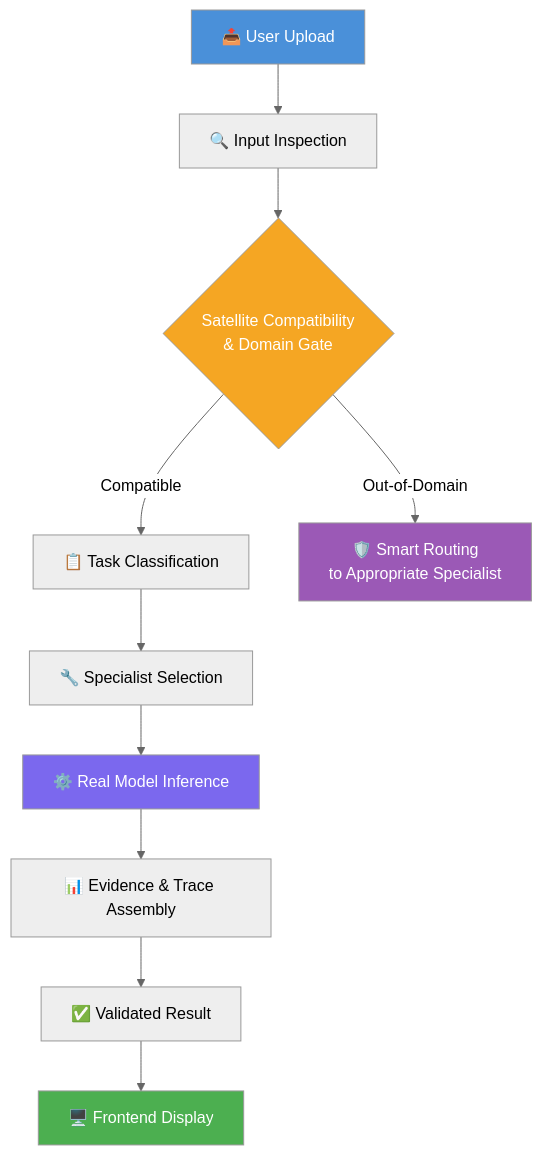
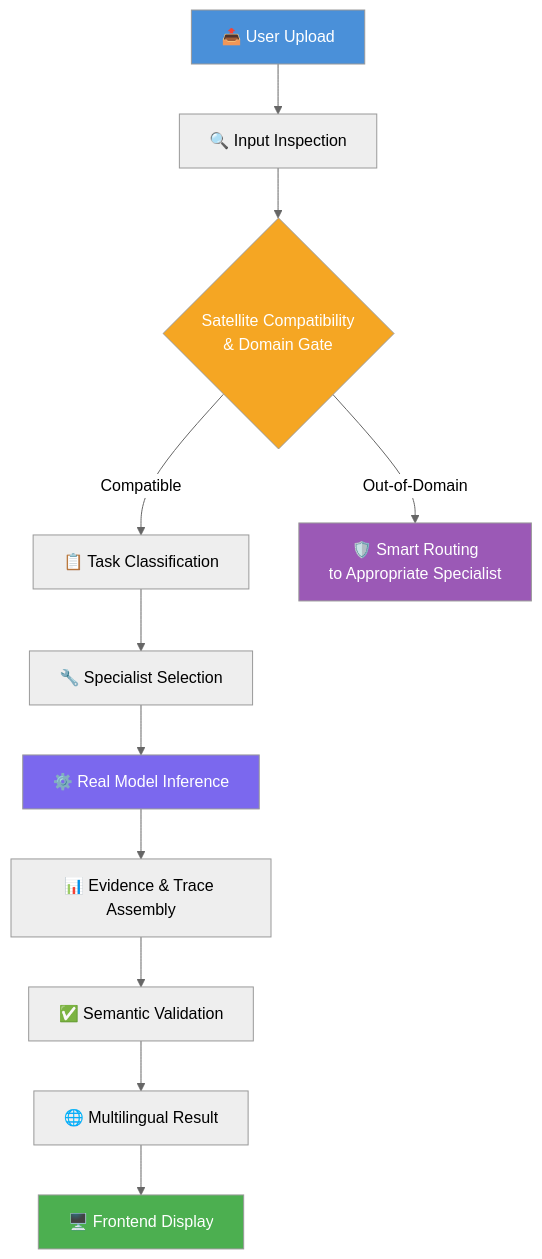
One commit to siddhtyagi18/SatQuery-AI changed the diagram in README.md. Above: the diagram before and after it, drawn with Mermaid (neutral theme). The commit also changed other lines of this file and 5 other files, not shown here.

````diff
--- a/README.md
+++ b/README.md
@@ -116,18 +164,19 @@
 ```mermaid
 graph TD
     A[📤 User Upload] --> B[🔍 Input Inspection]
     B --> C{Satellite Compatibility<br/>& Domain Gate}
     C -->|Compatible| D[📋 Task Classification]
     C -->|Out-of-Domain| E[🛡️ Smart Routing<br/>to Appropriate Specialist]
     D --> F[🔧 Specialist Selection]
     F --> G[⚙️ Real Model Inference]
     G --> H[📊 Evidence & Trace Assembly]
-    H --> I[✅ Validated Result]
-    I --> J[🖥️ Frontend Display]
+    H --> I[✅ Semantic Validation]
+    I --> J[🌐 Multilingual Result]
+    J --> K[🖥️ Frontend Display]
 
     style A fill:#4A90D9,color:#fff
     style C fill:#F5A623,color:#fff
     style E fill:#9B59B6,color:#fff
     style G fill:#7B68EE,color:#fff
-    style J fill:#4CAF50,color:#fff
+    style K fill:#4CAF50,color:#fff
 ```
````
